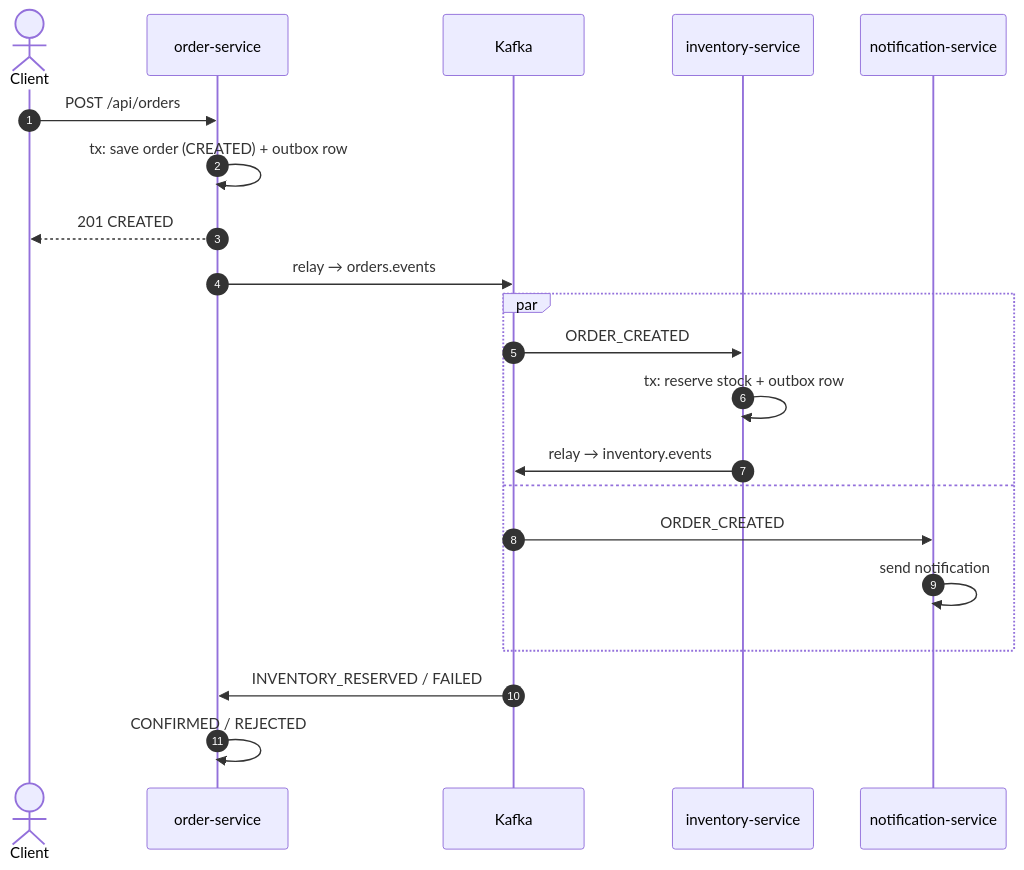
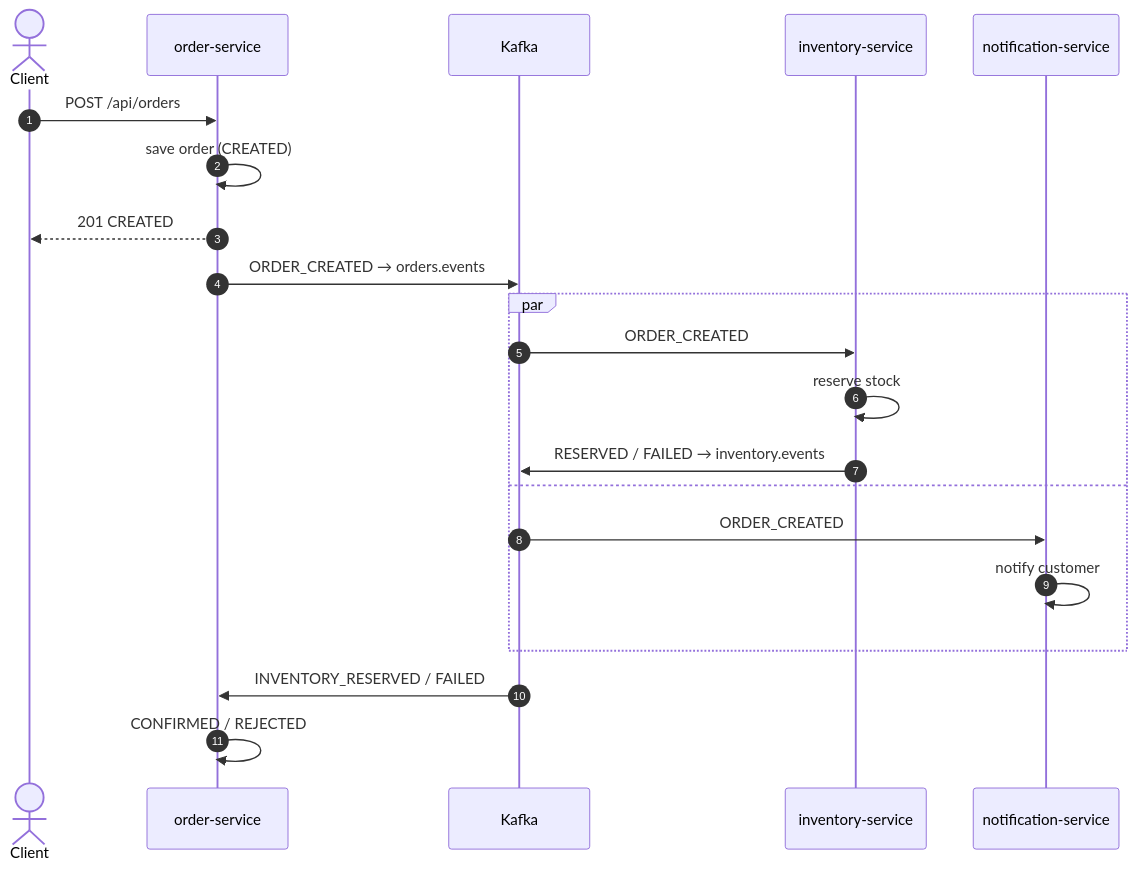
Before and after one commit to BayechouAbdelhadi/kafka-java-demo: the second of 22 diagrams in README.md, drawn with Mermaid. The commit also changed other lines of this file, not shown here.

Commit message:
docs: refine README.md to clarify order flow, components, and architecture details

````diff
--- a/README.md
+++ b/README.md
@@ -55,24 +51,24 @@
 ```mermaid
 sequenceDiagram
     autonumber
     actor C as Client
     participant O as order-service
     participant K as Kafka
     participant I as inventory-service
     participant N as notification-service
 
     C->>O: POST /api/orders
-    O->>O: tx: save order (CREATED) + outbox row
+    O->>O: save order (CREATED)
     O-->>C: 201 CREATED
-    O->>K: relay → orders.events
+    O->>K: ORDER_CREATED → orders.events
     par
         K->>I: ORDER_CREATED
-        I->>I: tx: reserve stock + outbox row
-        I->>K: relay → inventory.events
+        I->>I: reserve stock
+        I->>K: RESERVED / FAILED → inventory.events
     and
         K->>N: ORDER_CREATED
-        N->>N: send notification
+        N->>N: notify customer
     end
     K->>O: INVENTORY_RESERVED / FAILED
     O->>O: CONFIRMED / REJECTED
 ```
````
